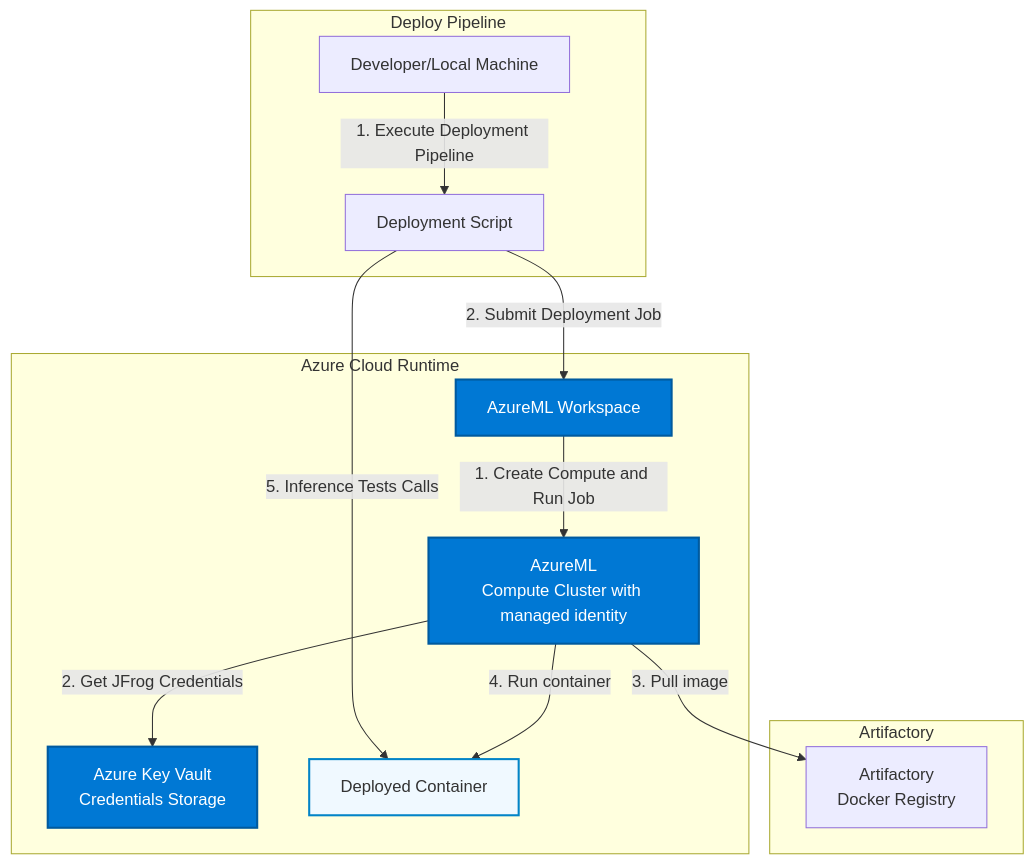
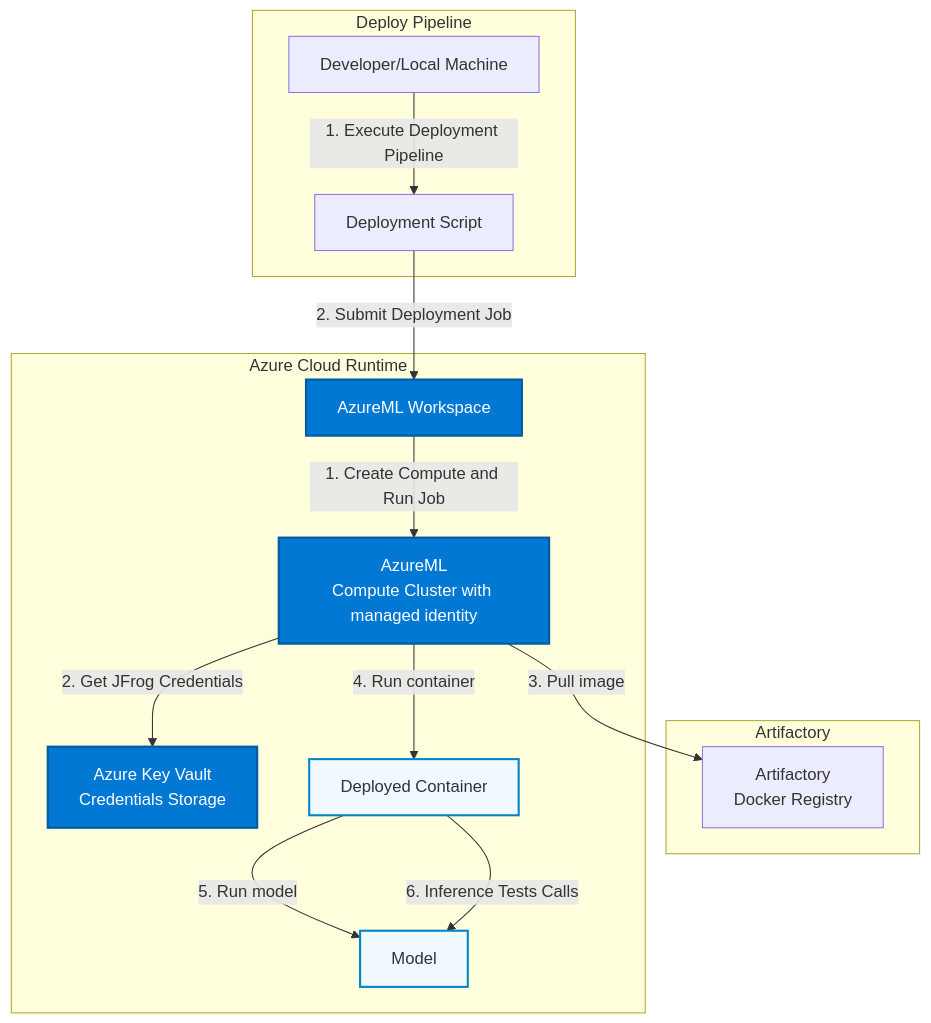
Before and after one commit to jfrog/JFrog-AzureML-integration: the second of 3 diagrams in README.md, drawn with Mermaid.

````diff
--- a/README.md
+++ b/README.md
@@ -86,39 +86,41 @@
 ```mermaid
 graph TB
     subgraph "Deploy Pipeline"
         DeploymentDev[Developer/Local Machine]
         DeployPipelineScript[Deployment Script]
     end
     subgraph "Artifactory"
         ArtifactoryDocker2[Artifactory<br/>Docker Registry]
     end
     subgraph "Azure Cloud Runtime"
         KV[Azure Key Vault<br/>Credentials Storage]
         AML[AzureML Workspace]
         Compute[AzureML<br/>Compute Cluster with managed identity]
-        Container[Deployed Container]        
+        Container[Deployed Container]
+        Model[Model]      
+
     end
 
     %% Deployment Phase Flow
     DeploymentDev -->|1. Execute Deployment Pipeline| DeployPipelineScript
     DeployPipelineScript -->|2. Submit Deployment Job| AML
-    DeployPipelineScript -->|5. Inference Tests Calls| Container
 
     %% Runtime Phase Flow
     AML -->|1. Create Compute and Run Job| Compute
     Compute -->|2. Get JFrog Credentials| KV
     Compute -->|3. Pull image| ArtifactoryDocker2
     Compute -->|4. Run container| Container
-    
+    Container -->|5. Run model| Model
+    Container -->|6. Inference Tests Calls| Model    
 
-     %% Styling
+    %% Styling
     classDef Deploy Pipeline fill:#e1f5ff,stroke:#01579b,stroke-width:2px
     classDef azure fill:#0078d4,stroke:#005a9e,stroke-width:2px,color:#fff
     classDef artifactory fill:#40a9ff,stroke:#096dd9,stroke-width:2px
     classDef runtime fill:#f0f9ff,stroke:#0284c7,stroke-width:2px
 
     class DeploymentDev,DeployPipelineScript,Deploy Pipeline
     class KV,AML,Compute,MI azure
     class Container,TrainScript,ArtifactoryHelper,Model runtime
 
 ```
````
